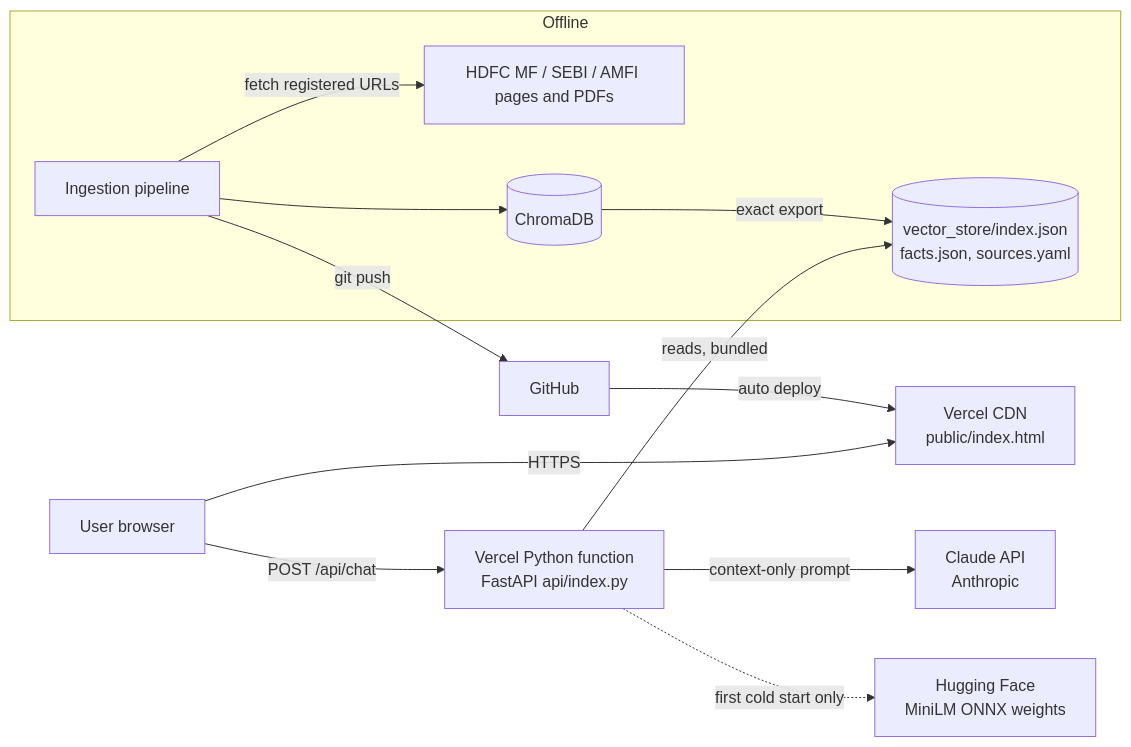
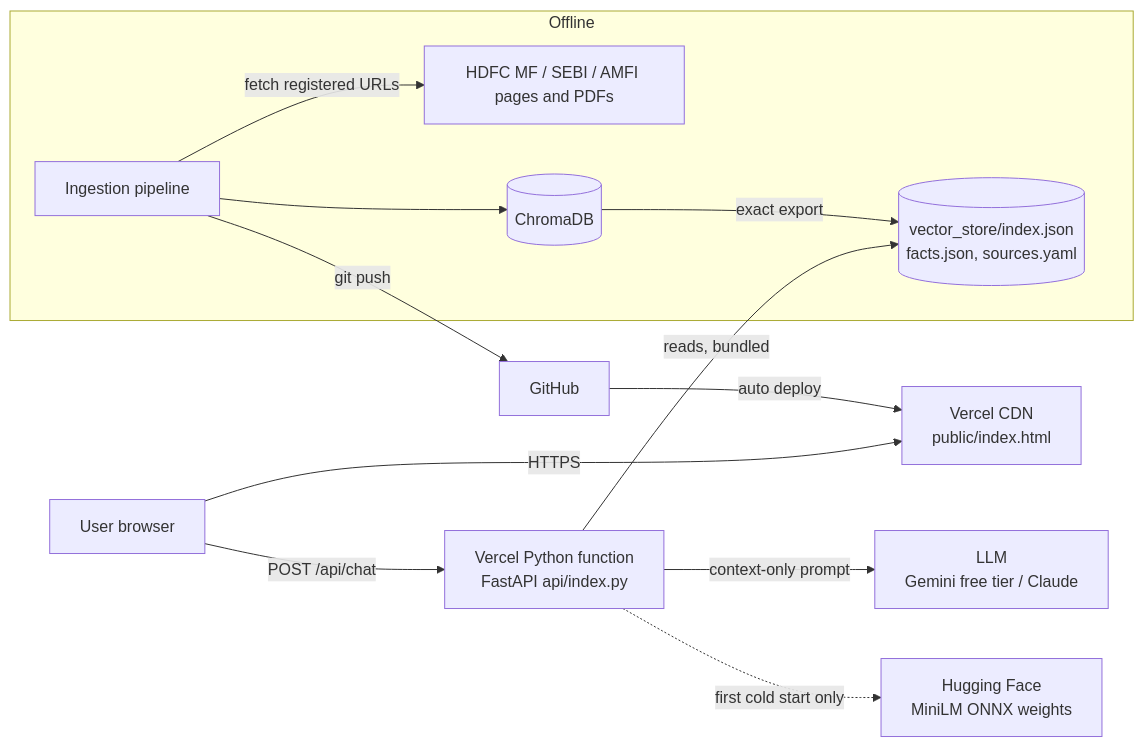
One commit to jyotiradityabordoloi-cyber/Fundfacts-ai changed the first of 4 diagrams in docs/architecture.md. Above: the diagram before and after it, drawn with Mermaid. The commit also changed other lines of this file and 19 other files, not shown here.

First line of the commit message:
Add Google Gemini (free tier) as the default LLM provider

````diff
--- a/docs/architecture.md
+++ b/docs/architecture.md
@@ -20,14 +20,14 @@
 ```mermaid
 flowchart LR
     U[User browser] -->|HTTPS| V[Vercel CDN<br/>public/index.html]
     U -->|POST /api/chat| F[Vercel Python function<br/>FastAPI api/index.py]
     F -->|reads, bundled| IDX[(vector_store/index.json<br/>facts.json, sources.yaml)]
-    F -->|context-only prompt| L[Claude API<br/>Anthropic]
+    F -->|context-only prompt| L[LLM<br/>Gemini free tier / Claude]
     F -.->|first cold start only| HF[Hugging Face<br/>MiniLM ONNX weights]
     subgraph Offline
       ING[Ingestion pipeline] -->|fetch registered URLs| SRC[HDFC MF / SEBI / AMFI pages and PDFs]
       ING --> CH[(ChromaDB)]
       CH -->|exact export| IDX
     end
     ING -->|git push| GH[GitHub] -->|auto deploy| V
 ```
````
